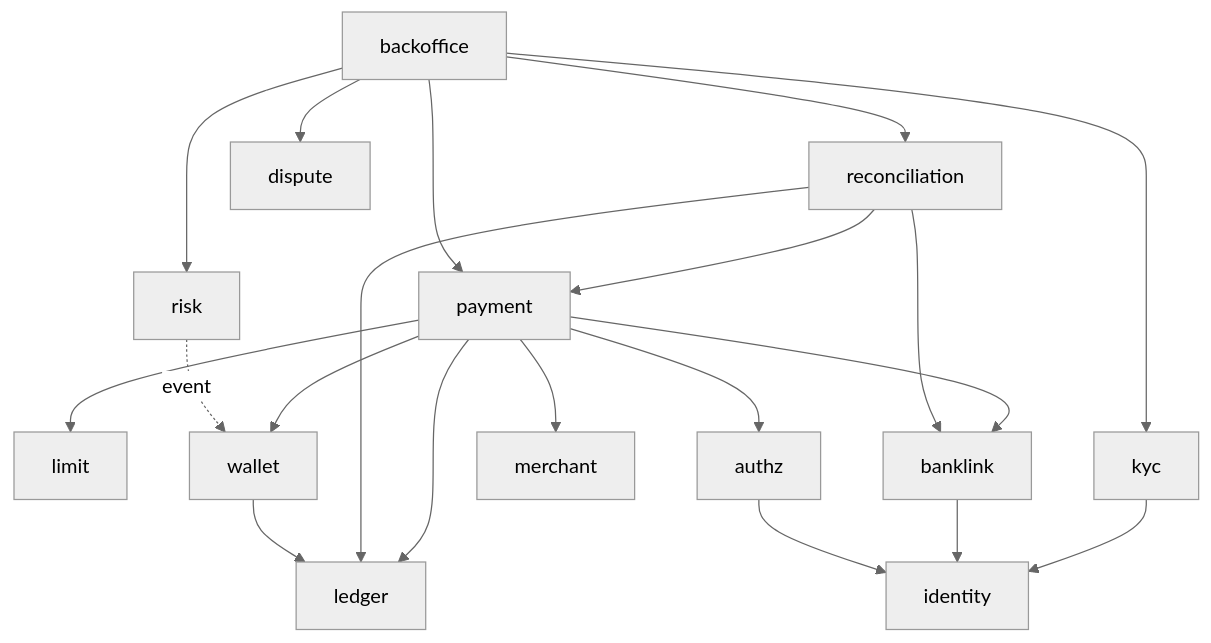
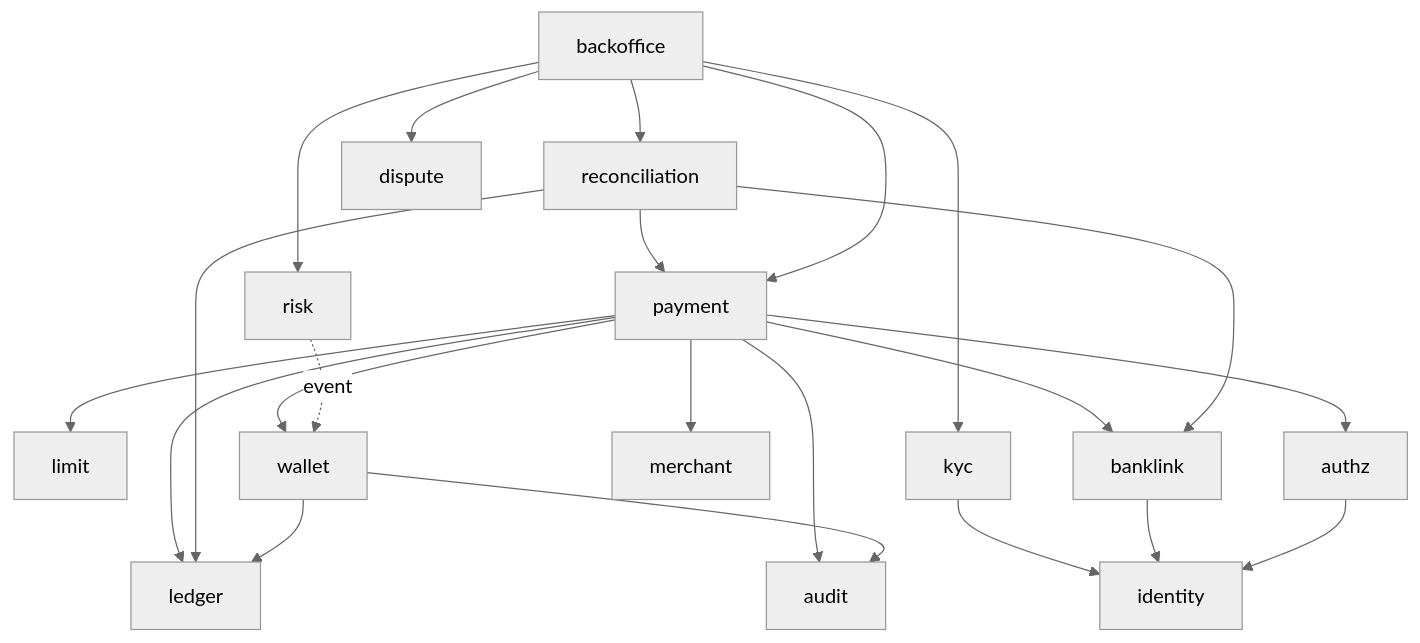
The third of 5 diagrams in docs/architecture.md (Hungnd562k/E-Wallet), drawn with Mermaid (neutral theme) before and after one commit.

Commit message:
docs [SCRUM-78] ST-4 Gắn audit vào chuyển tiền và đổi trạng thái ví + cập nhật archtest - Cập nhật project dependency

````diff
--- a/docs/architecture.md
+++ b/docs/architecture.md
@@ -178,22 +178,24 @@
 ```mermaid
 flowchart TD
     payment --> ledger
     payment --> limit
     payment --> wallet
     payment --> authz
     payment --> banklink
     payment --> merchant
+    payment --> audit
     reconciliation --> ledger
     reconciliation --> banklink
     reconciliation --> payment
     wallet --> ledger
+    wallet --> audit
     kyc --> identity
     banklink --> identity
     authz --> identity
     risk -.event.-> wallet
     backoffice --> payment
     backoffice --> reconciliation
     backoffice --> dispute
     backoffice --> kyc
     backoffice --> risk
 ```
````
